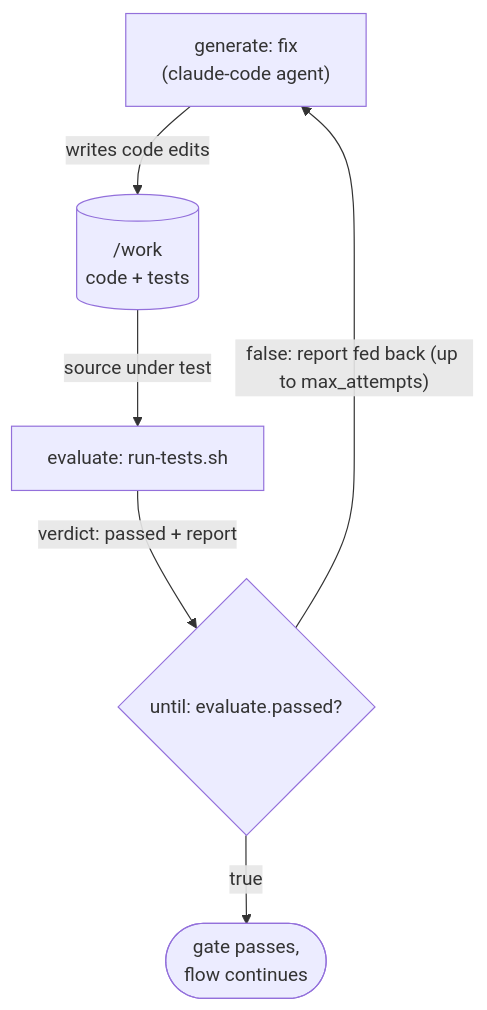
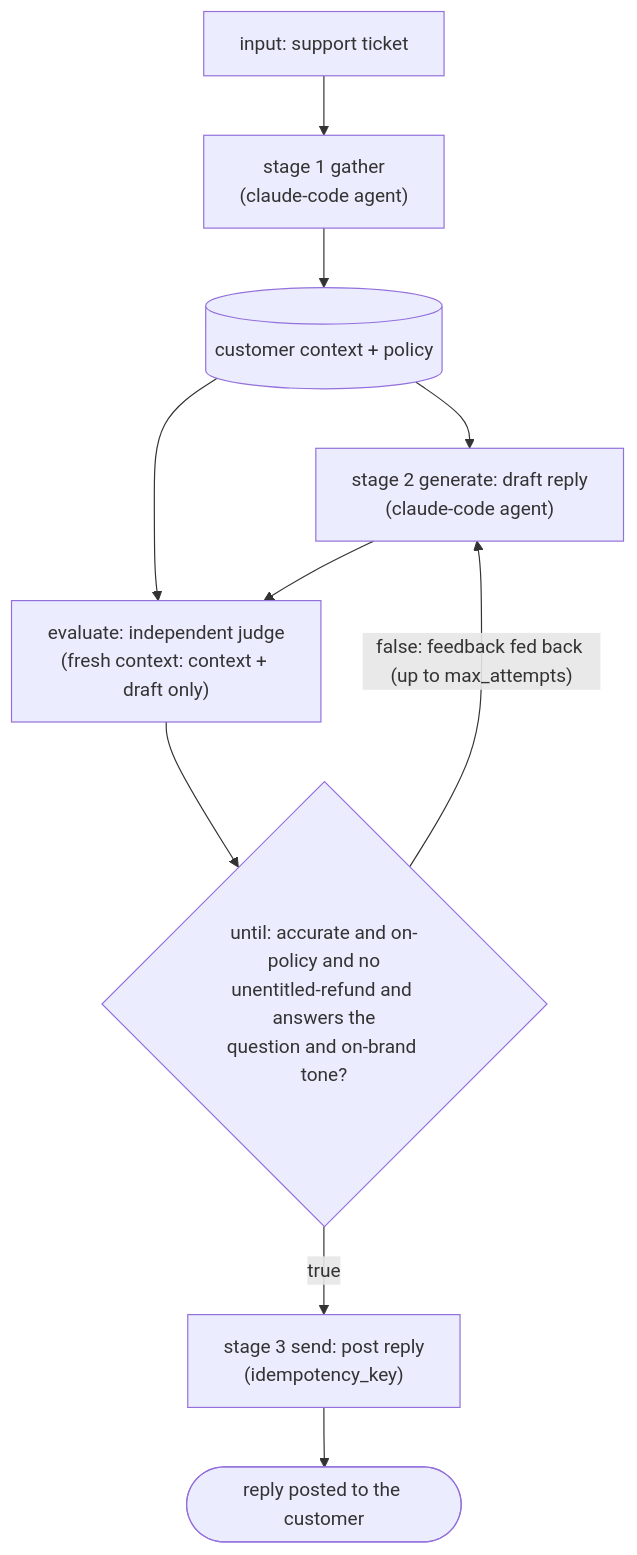
Before and after one commit to valbaudo/awf: the diagram in README.md, drawn with Mermaid. The commit also changed other lines of this file, not shown here.

First line of the commit message:
docs(readme): swap example to a 3-stage support-reply pipeline with an agentic gate

````diff
--- a/README.md
+++ b/README.md
@@ -84,14 +116,21 @@
 ```mermaid
 flowchart TD
-    agent["generate: fix<br/>(claude-code agent)"]
-    work[("/work<br/>code + tests")]
-    tests["evaluate: run-tests.sh"]
-    gate{"until: evaluate.passed?"}
-    pass(["gate passes,<br/>flow continues"])
+    ticket["input: support ticket"]
+    gather["stage 1 gather<br/>(claude-code agent)"]
+    ctx[("customer context + policy")]
+    draft["stage 2 generate: draft reply<br/>(claude-code agent)"]
+    judge["evaluate: independent judge<br/>(fresh context: context + draft only)"]
+    verdict{"until: accurate and on-policy and no<br/>unentitled-refund and answers the<br/>question and on-brand tone?"}
+    send["stage 3 send: post reply<br/>(idempotency_key)"]
+    sent(["reply posted to the customer"])
 
-    agent -->|"writes code edits"| work
-    work -->|"source under test"| tests
-    tests -->|"verdict: passed + report"| gate
-    gate -->|"true"| pass
-    gate -->|"false: report fed back (up to max_attempts)"| agent
+    ticket --> gather
+    gather --> ctx
+    ctx --> draft
+    ctx --> judge
+    draft --> judge
+    judge --> verdict
+    verdict -->|"true"| send
+    verdict -->|"false: feedback fed back (up to max_attempts)"| draft
+    send --> sent
 ```
````
